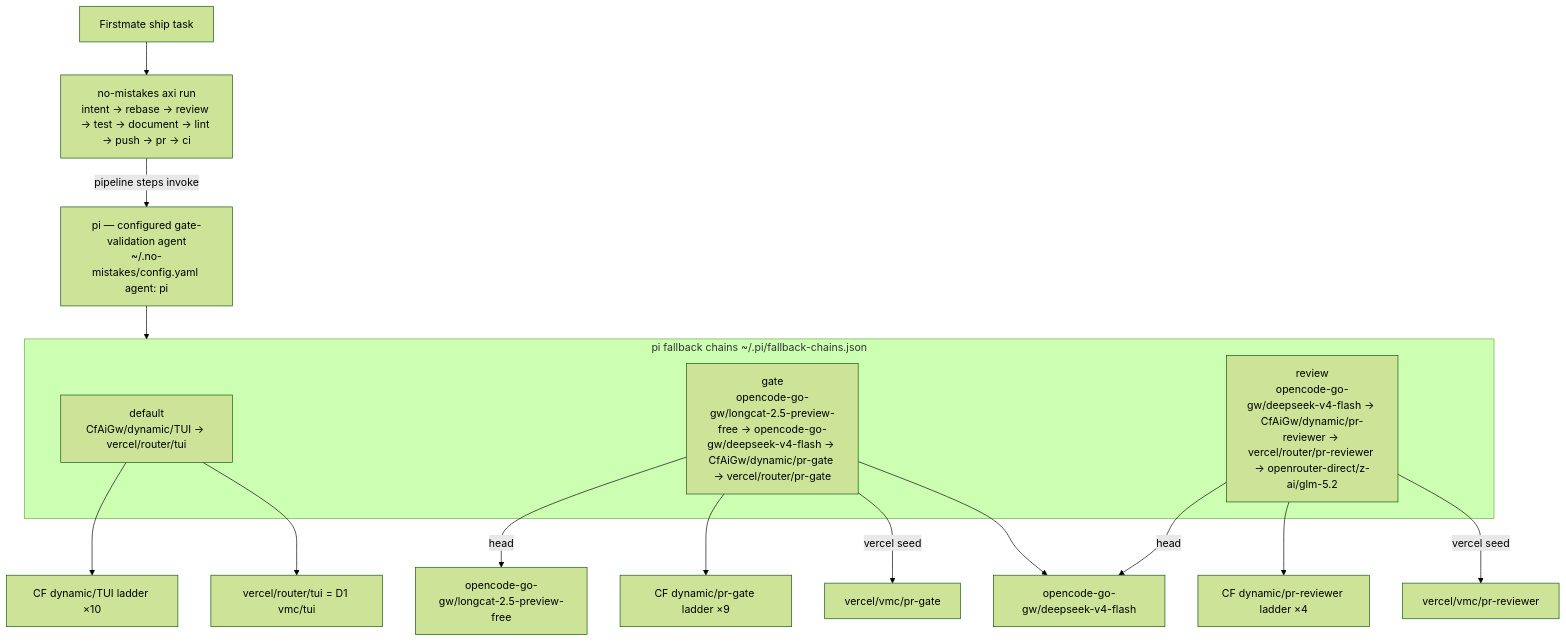
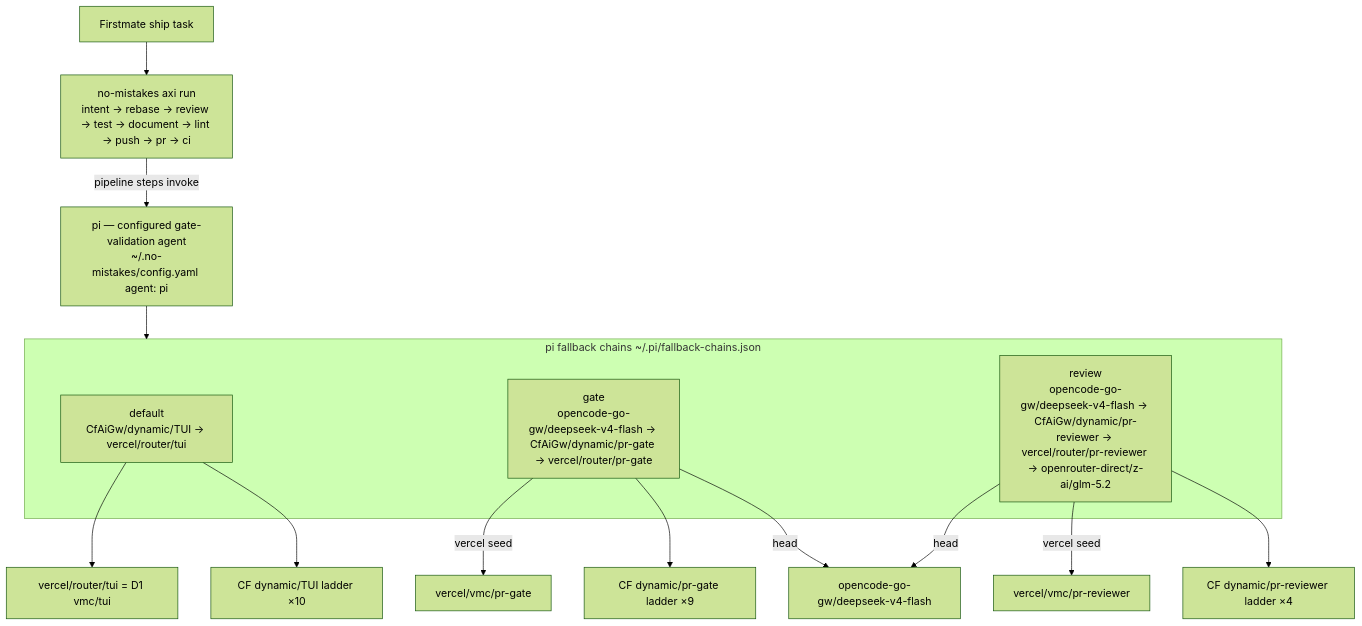
Before and after one commit to phillias/dotfiles: the second of 2 diagrams in dot_agents/skills/provider-catalog/references/ROUTING_TOPOLOGY.md, drawn with Mermaid (forest theme). The commit also changed other lines of this file, not shown here.

Commit message:
no-mistakes(review): Align ROUTING_TOPOLOGY flow-2 gate chain with fallback-chains.json

````diff
--- a/dot_agents/skills/provider-catalog/references/ROUTING_TOPOLOGY.md
+++ b/dot_agents/skills/provider-catalog/references/ROUTING_TOPOLOGY.md
@@ -79,23 +80,22 @@
 ```mermaid
 flowchart TD
     fm[Firstmate ship task]
     nm["no-mistakes axi run<br/>intent → rebase → review → test → document → lint → push → pr → ci"]
     fm --> nm
     pi["pi — configured gate-validation agent<br/>~/.no-mistakes/config.yaml agent: pi"]
     nm -->|pipeline steps invoke| pi
     subgraph chains[pi fallback chains ~/.pi/fallback-chains.json]
         DEF["default<br/>CfAiGw/dynamic/TUI → vercel/router/tui"]
-        GATEC["gate<br/>opencode-go-gw/longcat-2.5-preview-free → opencode-go-gw/deepseek-v4-flash → CfAiGw/dynamic/pr-gate → vercel/router/pr-gate"]
+        GATEC["gate<br/>opencode-go-gw/deepseek-v4-flash → CfAiGw/dynamic/pr-gate → vercel/router/pr-gate"]
         REV2["review<br/>opencode-go-gw/deepseek-v4-flash → CfAiGw/dynamic/pr-reviewer → vercel/router/pr-reviewer → openrouter-direct/z-ai/glm-5.2"]
     end
     pi --> chains
-    GATEC -->|head| lcat[opencode-go-gw/longcat-2.5-preview-free]
+    GATEC -->|head| ogw[opencode-go-gw/deepseek-v4-flash]
     GATEC --> cfroute[CF dynamic/pr-gate ladder ×9]
     REV2 --> cfroute2[CF dynamic/pr-reviewer ladder ×4]
     DEF --> cfroute3[CF dynamic/TUI ladder ×10]
     GATEC -->|vercel seed| vg[vercel/vmc/pr-gate]
     REV2 -->|vercel seed| vr[vercel/vmc/pr-reviewer]
-    GATEC --> ogw[opencode-go-gw/deepseek-v4-flash]
     REV2 -->|head| ogw
     DEF --> vtui[vercel/router/tui = D1 vmc/tui]
 ```
````
